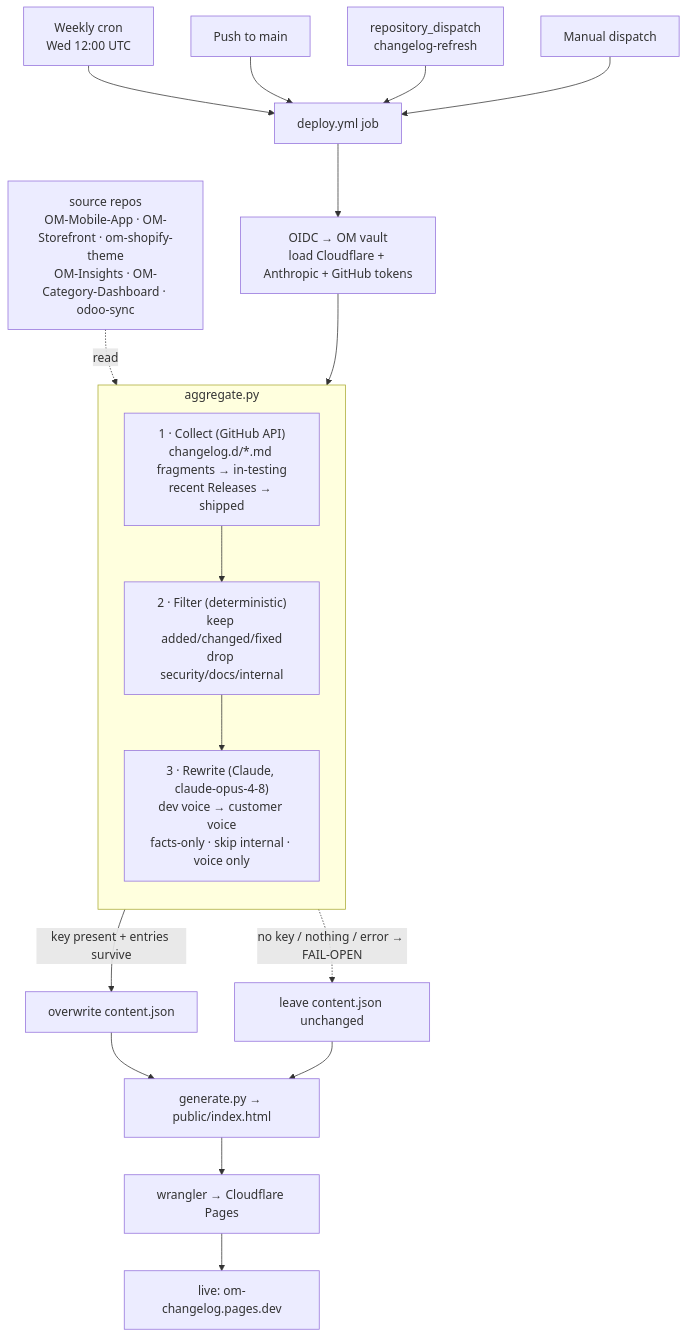
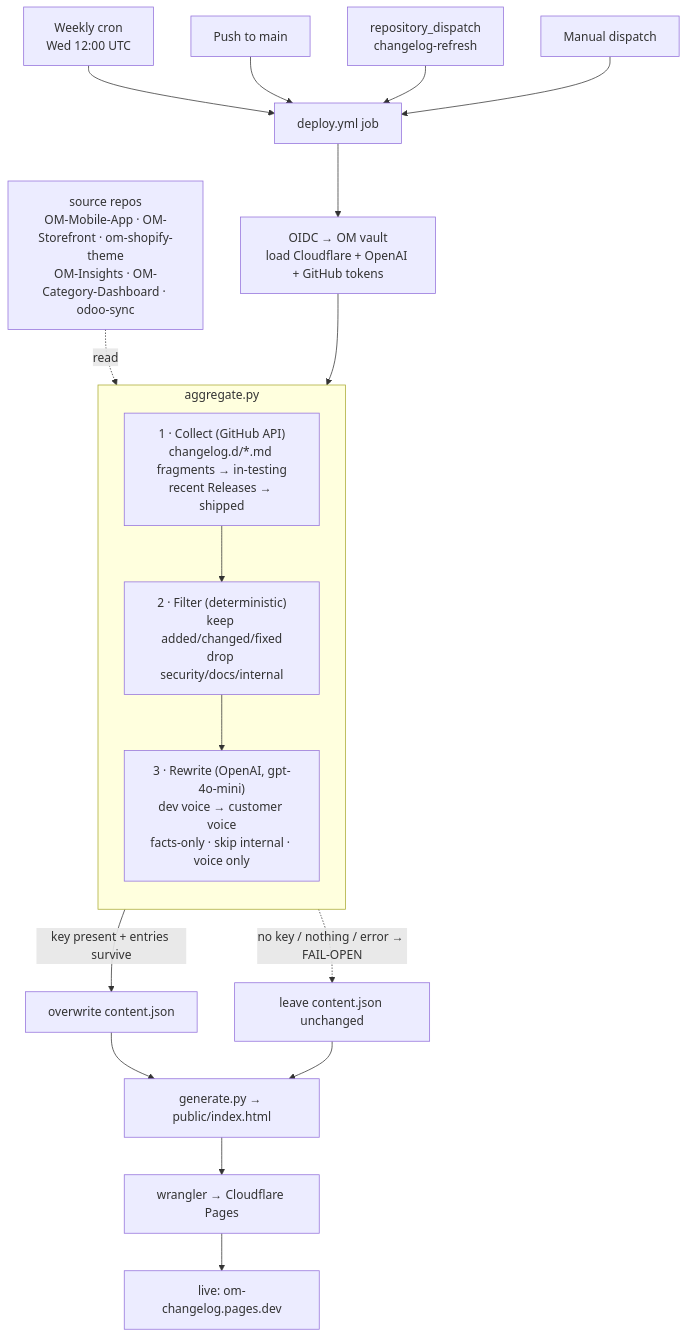
The first of 2 diagrams in AGGREGATION.md (OrganicMandya/OM-Changelog), drawn with Mermaid before and after one commit. The commit also changed other lines of this file and 3 other files, not shown here.

First line of the commit message:
feat(aggregate): switch rewrite model Anthropic → OpenAI (om/openai-api-key) (#14)

````diff
--- a/AGGREGATION.md
+++ b/AGGREGATION.md
@@ -9,28 +9,28 @@
 ```mermaid
 flowchart TD
     T1["Weekly cron<br/>Wed 12:00 UTC"] --> JOB
     T2["Push to main"] --> JOB
     T3["repository_dispatch<br/>changelog-refresh"] --> JOB
     T4["Manual dispatch"] --> JOB
 
-    JOB["deploy.yml job"] --> OIDC["OIDC → OM vault<br/>load Cloudflare + Anthropic + GitHub tokens"]
+    JOB["deploy.yml job"] --> OIDC["OIDC → OM vault<br/>load Cloudflare + OpenAI + GitHub tokens"]
     OIDC --> AGG
 
     subgraph AGG["aggregate.py"]
         direction TB
         C["1 · Collect (GitHub API)<br/>changelog.d/*.md fragments → in-testing<br/>recent Releases → shipped"]
         F["2 · Filter (deterministic)<br/>keep added/changed/fixed<br/>drop security/docs/internal"]
-        R["3 · Rewrite (Claude, claude-opus-4-8)<br/>dev voice → customer voice<br/>facts-only · skip internal · voice only"]
+        R["3 · Rewrite (OpenAI, gpt-4o-mini)<br/>dev voice → customer voice<br/>facts-only · skip internal · voice only"]
         C --> F --> R
     end
 
     R -->|"key present + entries survive"| WRITE["overwrite content.json"]
     R -.->|"no key / nothing / error → FAIL-OPEN"| KEEP["leave content.json unchanged"]
 
     WRITE --> GEN["generate.py → public/index.html"]
     KEEP --> GEN
     GEN --> CF["wrangler → Cloudflare Pages"]
     CF --> LIVE["live: om-changelog.pages.dev"]
 
     SRC["source repos<br/>OM-Mobile-App · OM-Storefront · om-shopify-theme<br/>OM-Insights · OM-Category-Dashboard · odoo-sync"] -.->|read| C
 ```
````
